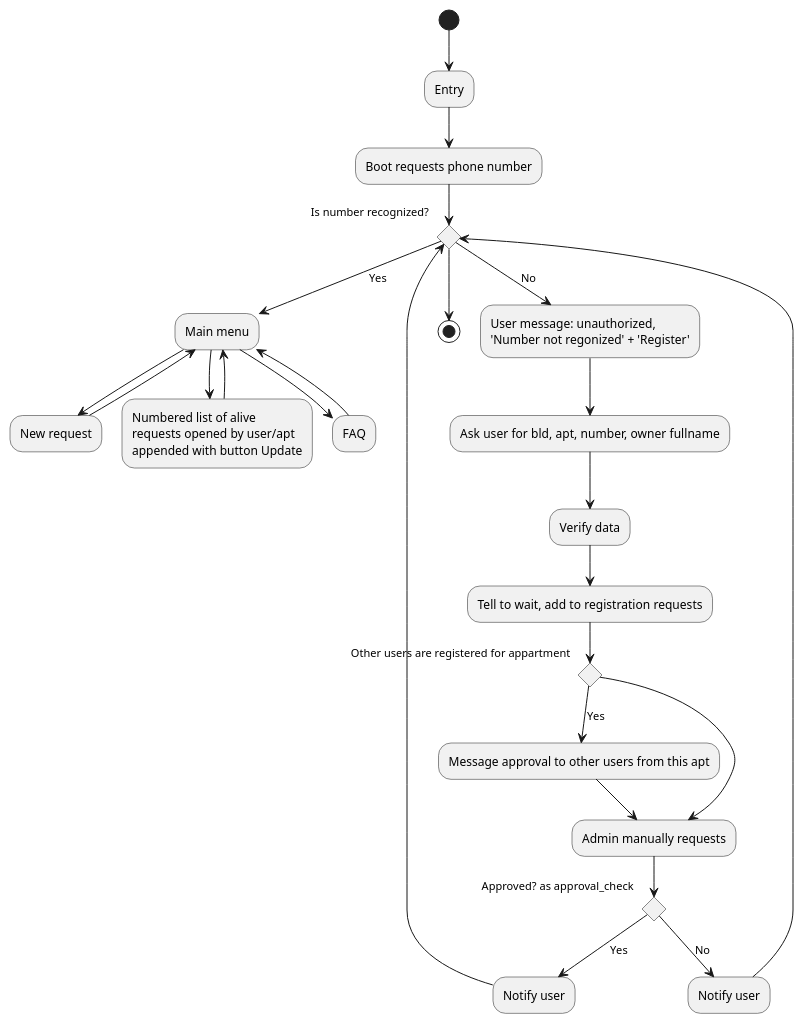
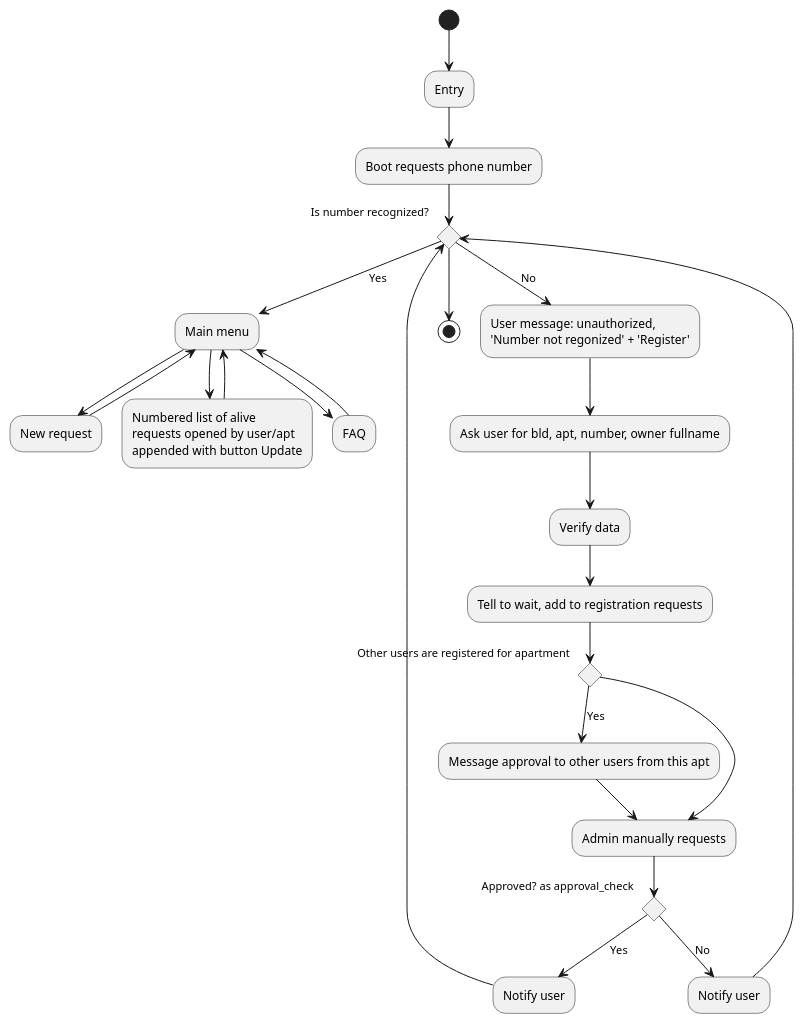
The diagram in Flow.puml (pchernyshev/osbb-bot), drawn with PlantUML before and after one commit. The commit also changed 10 other files, not shown here.

```diff
--- a/Flow.puml
+++ b/Flow.puml
@@ -1,32 +1,32 @@
 @startuml
 (*)  --> "Entry"
 --> "Boot requests phone number" as boot
 If "Is number recognized?" as check_for_authorization then
 --> [Yes] "Main menu" as menu
 menu --> "New request" as new_request
 -->menu
 menu --> "Numbered list of alive\nrequests opened by user/apt\nappended with button Update" as list_request
 -->menu
 menu --> "FAQ" as faq
 -->menu
 else
 --> [No] "User message: unauthorized,\n'Number not regonized' + 'Register'" as messaged
 --> "Ask user for bld, apt, number, owner fullname"
 --> "Verify data"
 --> "Tell to wait, add to registration requests"
-    If "Other users are registered for appartment"
+    If "Other users are registered for apartment"
         --> [Yes] "Message approval to other users from this apt" as ask_approval
     else
         --> "Admin manually requests" as add_manually
         ask_approval --> add_manually
     endif
     if Approved? as approval_check
         --> [Yes] "Notify user" as authorized
     else
         --> [No] "Notify user" as unauthorized
     endif
     authorized --> check_for_authorization
     unauthorized --> check_for_authorization
 Endif
 -->(*)
 @enduml
```
